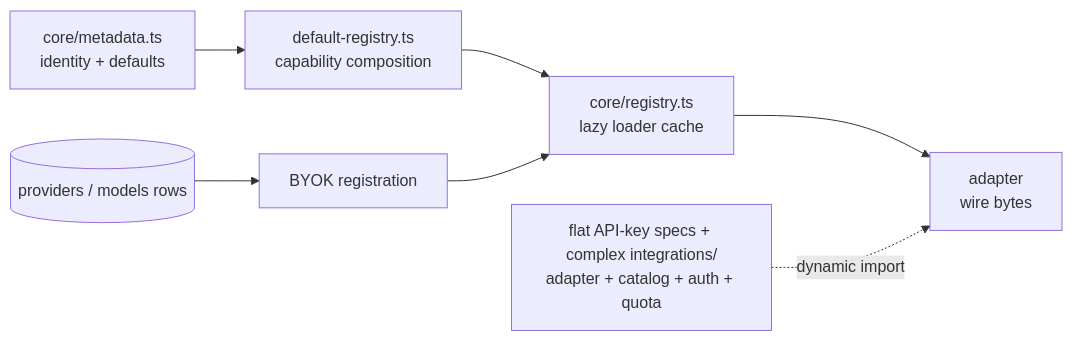
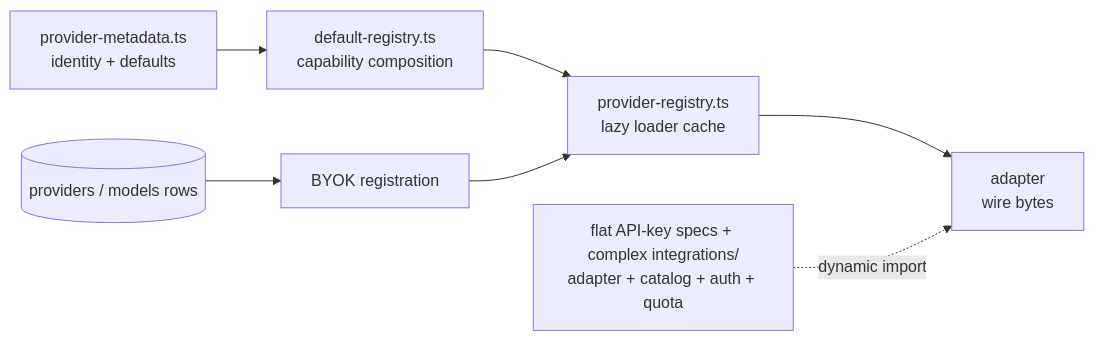
The diagram in documentation/reference/providers.md (Khimsaja/cartethyia-custom), drawn with Mermaid before and after one commit. The commit also changed other lines of this file and 310 other files, not shown here.

````diff
--- a/documentation/reference/providers.md
+++ b/documentation/reference/providers.md
@@ -16,9 +16,9 @@
 ```mermaid
 flowchart LR
-  meta["core/metadata.ts<br/>identity + defaults"] --> mods["default-registry.ts<br/>capability composition"]
-  mods --> reg["core/registry.ts<br/>lazy loader cache"]
+  meta["provider-metadata.ts<br/>identity + defaults"] --> mods["default-registry.ts<br/>capability composition"]
+  mods --> reg["provider-registry.ts<br/>lazy loader cache"]
   reg --> adapt["adapter<br/>wire bytes"]
   spec["flat API-key specs + complex integrations/<br/>adapter + catalog + auth + quota"] -.dynamic import.-> adapt
   db[("providers / models rows")] --> byok["BYOK registration"]
   byok --> reg
 ```
````
